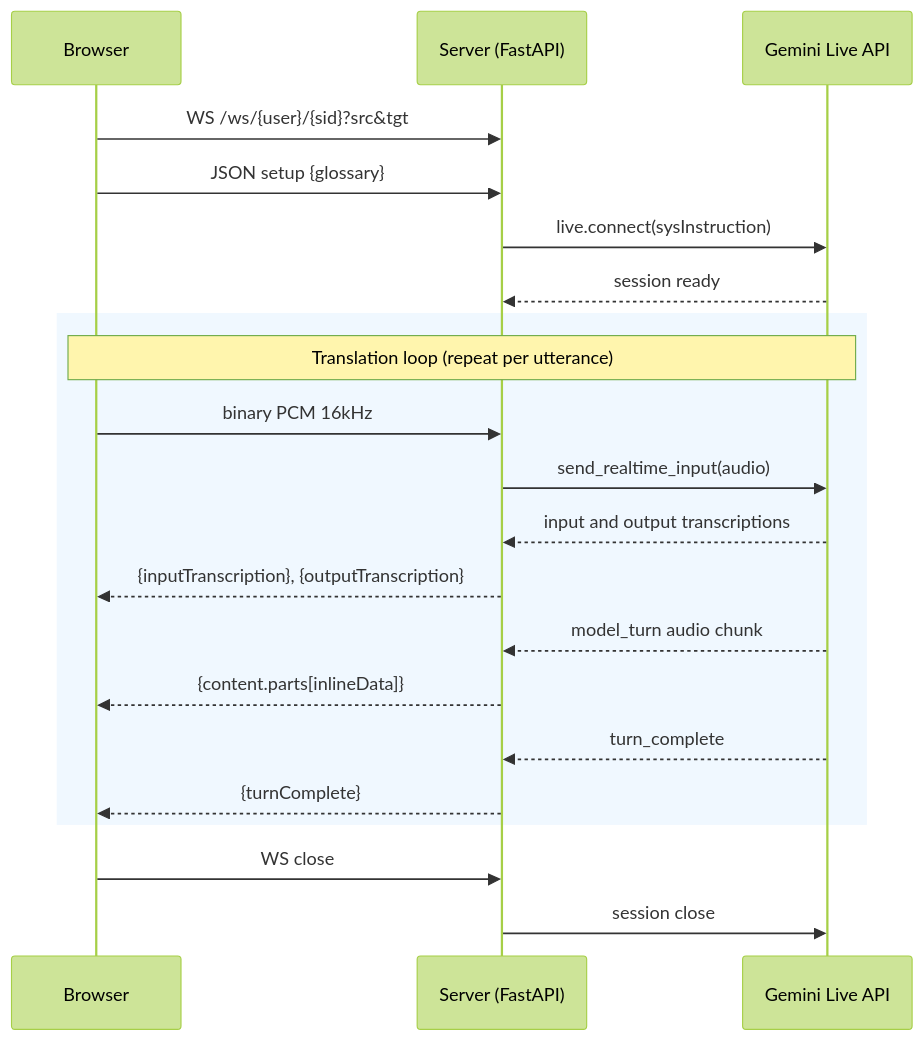
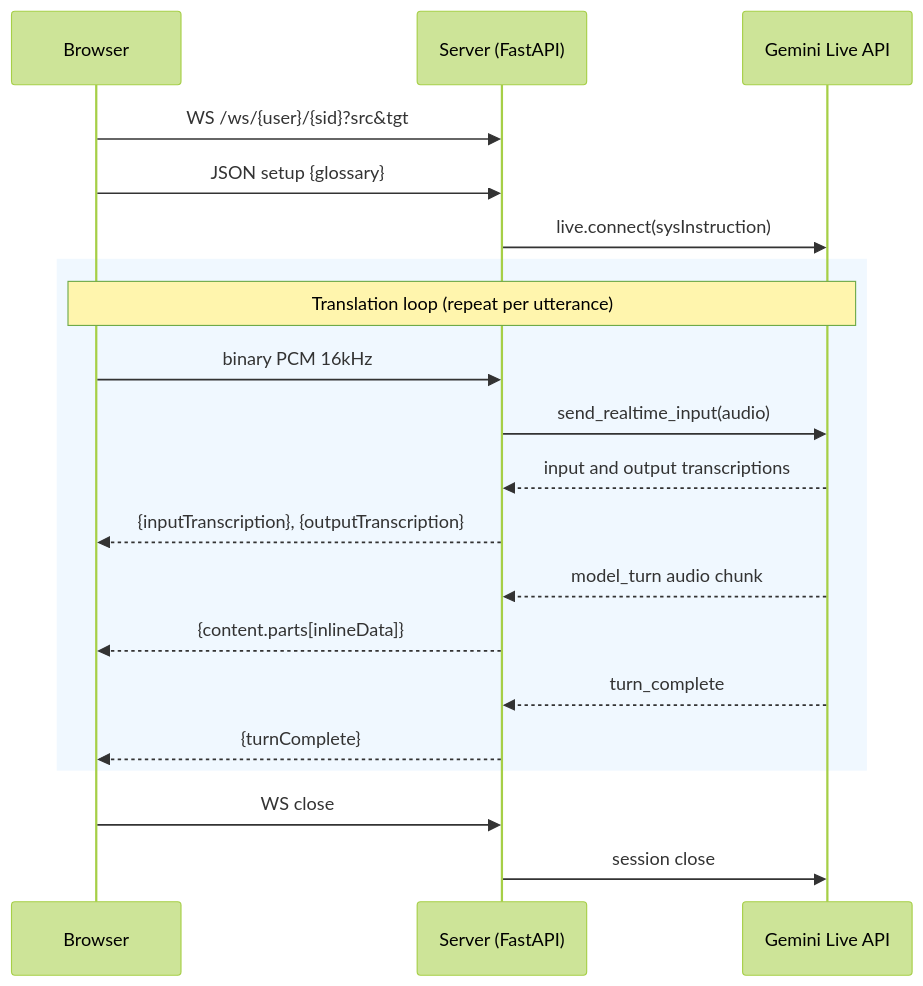
Before and after one commit to jmmaldonado/gemini-live-translator: the first of 2 diagrams in README.md, drawn with Mermaid (forest theme).

Commit message:
Remove misleading 'session ready' from sequence diagram

````diff
--- a/README.md
+++ b/README.md
@@ -83,26 +83,25 @@
 ```mermaid
 sequenceDiagram
     participant B as Browser
     participant S as Server (FastAPI)
     participant G as Gemini Live API
 
     B->>S: WS /ws/{user}/{sid}?src&tgt
     B->>S: JSON setup {glossary}
     S->>G: live.connect(sysInstruction)
-    G-->>S: session ready
 
     rect rgb(240, 248, 255)
     note over B,G: Translation loop (repeat per utterance)
     B->>S: binary PCM 16kHz
     S->>G: send_realtime_input(audio)
     G-->>S: input and output transcriptions
     S-->>B: {inputTranscription}, {outputTranscription}
     G-->>S: model_turn audio chunk
     S-->>B: {content.parts[inlineData]}
     G-->>S: turn_complete
     S-->>B: {turnComplete}
     end
 
     B->>S: WS close
     S->>G: session close
 ```
````
